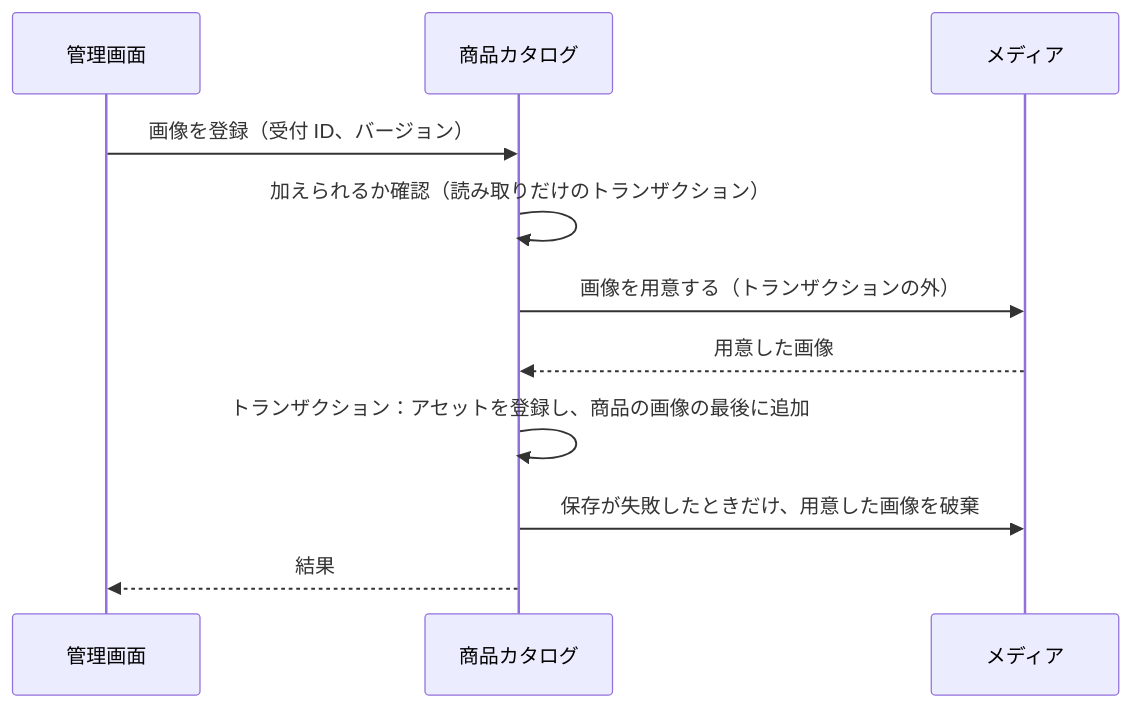
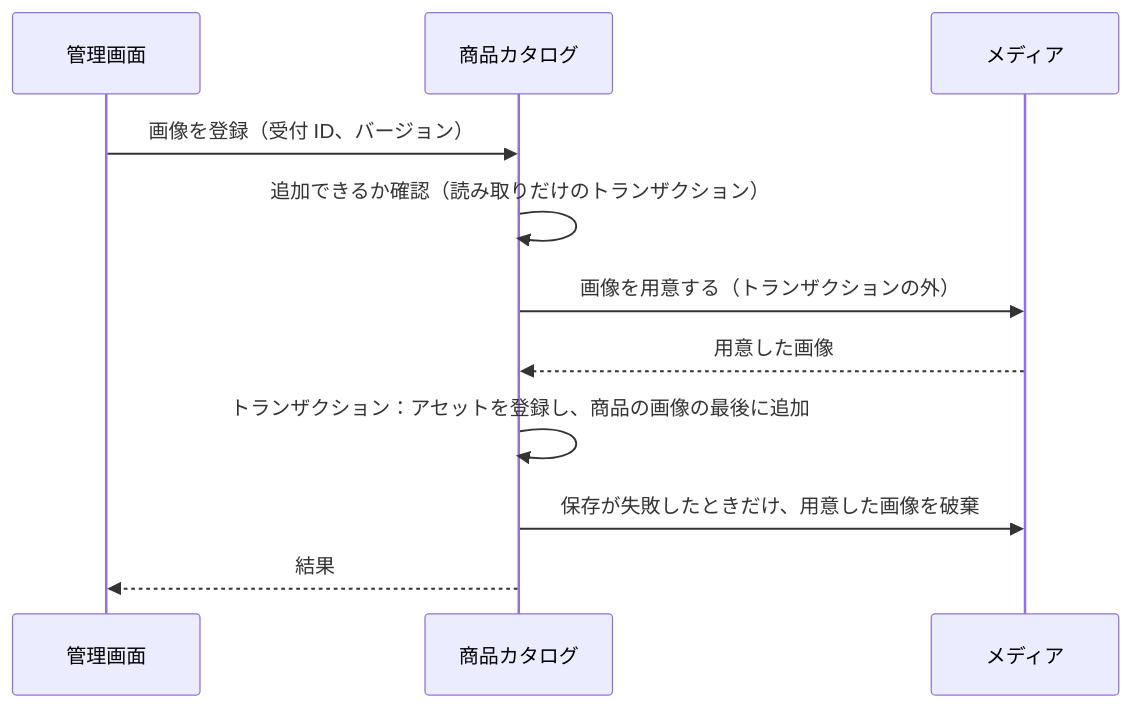
One commit to roger88106/ec-site changed the first of 2 diagrams in docs/02-設計/catalog.md. Above: the diagram before and after it, drawn with Mermaid. The commit also changed other lines of this file and 9 other files, not shown here.

````diff
--- a/docs/02-設計/catalog.md
+++ b/docs/02-設計/catalog.md
@@ -31,13 +31,13 @@
 ```mermaid
 sequenceDiagram
     participant A as 管理画面
     participant C as 商品カタログ
     participant M as メディア
     A->>C: 画像を登録（受付 ID、バージョン）
-    C->>C: 加えられるか確認（読み取りだけのトランザクション）
+    C->>C: 追加できるか確認（読み取りだけのトランザクション）
     C->>M: 画像を用意する（トランザクションの外）
     M-->>C: 用意した画像
     C->>C: トランザクション：アセットを登録し、商品の画像の最後に追加
     C->>M: 保存が失敗したときだけ、用意した画像を破棄
     C-->>A: 結果
 ```
````
